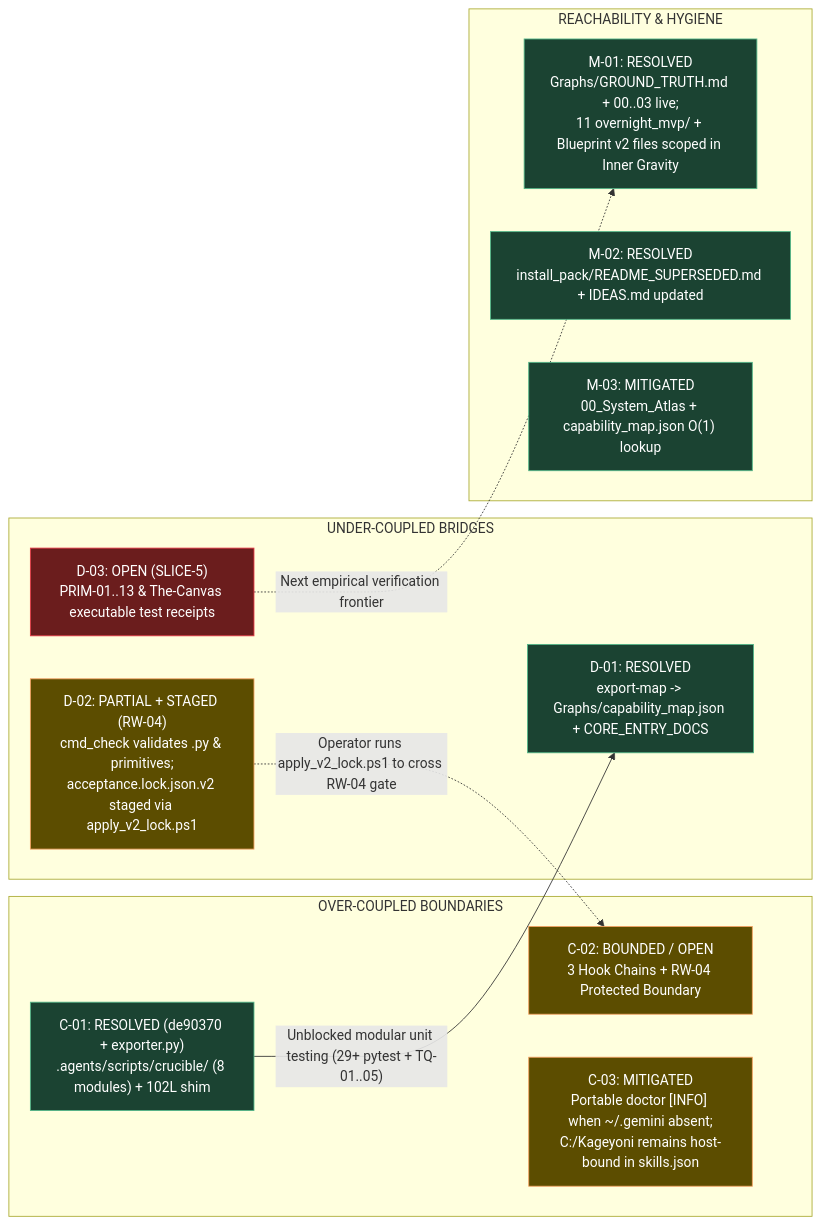
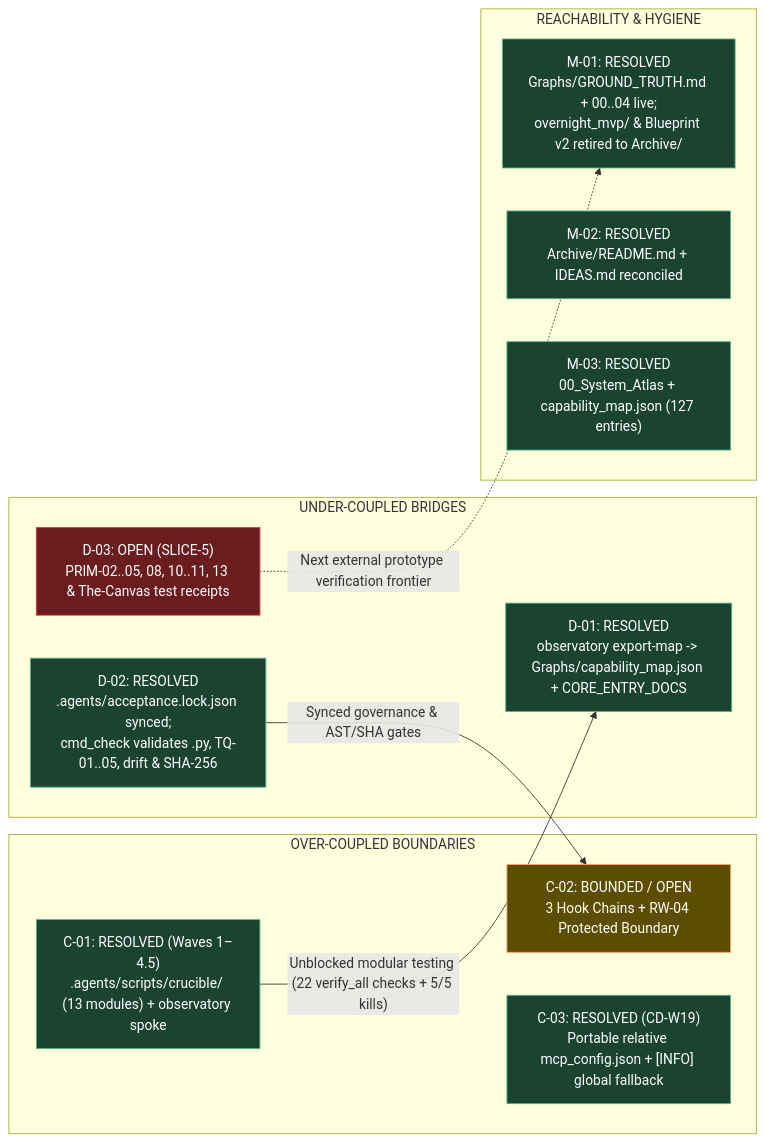
The diagram in Graphs/02_Coupling_and_Reachability_Audit.md (guarani-ux/Crucible-Domain), drawn with Mermaid before and after one commit. The commit also changed other lines of this file and 18 other files, not shown here.

Commit message:
chore(clean-sweep): unify Turn-0 surface, canonical docs, Graphs 00-04, and portable capability_map

````diff
--- a/Graphs/02_Coupling_and_Reachability_Audit.md
+++ b/Graphs/02_Coupling_and_Reachability_Audit.md
@@ -14,28 +14,28 @@
 ```mermaid
 flowchart LR
     classDef resolved fill:#1b4332,stroke:#52b788,color:#fff
     classDef partial fill:#5c4d00,stroke:#f4a261,color:#fff
     classDef open fill:#6b1d1d,stroke:#e63946,color:#fff
 
     subgraph C["OVER-COUPLED BOUNDARIES"]
-        C1["C-01: RESOLVED (de90370 + exporter.py)<br/>.agents/scripts/crucible/ (8 modules) + 102L shim"]:::resolved
+        C1["C-01: RESOLVED (Waves 1–4.5)<br/>.agents/scripts/crucible/ (13 modules) + observatory spoke"]:::resolved
         C2["C-02: BOUNDED / OPEN<br/>3 Hook Chains + RW-04 Protected Boundary"]:::partial
-        C3["C-03: MITIGATED<br/>Portable doctor [INFO] when ~/.gemini absent;<br/>C:/Kageyoni remains host-bound in skills.json"]:::partial
+        C3["C-03: RESOLVED (CD-W19)<br/>Portable relative mcp_config.json + [INFO] global fallback"]:::resolved
     end
 
     subgraph D["UNDER-COUPLED BRIDGES"]
-        D1["D-01: RESOLVED<br/>export-map -> Graphs/capability_map.json + CORE_ENTRY_DOCS"]:::resolved
-        D2["D-02: PARTIAL + STAGED (RW-04)<br/>cmd_check validates .py & primitives;<br/>acceptance.lock.json.v2 staged via apply_v2_lock.ps1"]:::partial
-        D3["D-03: OPEN (SLICE-5)<br/>PRIM-01..13 & The-Canvas executable test receipts"]:::open
+        D1["D-01: RESOLVED<br/>observatory export-map -> Graphs/capability_map.json + CORE_ENTRY_DOCS"]:::resolved
+        D2["D-02: RESOLVED<br/>.agents/acceptance.lock.json synced;<br/>cmd_check validates .py, TQ-01..05, drift & SHA-256"]:::resolved
+        D3["D-03: OPEN (SLICE-5)<br/>PRIM-02..05, 08, 10..11, 13 & The-Canvas test receipts"]:::open
     end
 
     subgraph M["REACHABILITY & HYGIENE"]
-        M1["M-01: RESOLVED<br/>Graphs/GROUND_TRUTH.md + 00..03 live;<br/>11 overnight_mvp/ + Blueprint v2 files scoped in Inner Gravity"]:::resolved
-        M2["M-02: RESOLVED<br/>install_pack/README_SUPERSEDED.md + IDEAS.md updated"]:::resolved
-        M3["M-03: MITIGATED<br/>00_System_Atlas + capability_map.json O(1) lookup"]:::resolved
+        M1["M-01: RESOLVED<br/>Graphs/GROUND_TRUTH.md + 00..04 live;<br/>overnight_mvp/ & Blueprint v2 retired to Archive/"]:::resolved
+        M2["M-02: RESOLVED<br/>Archive/README.md + IDEAS.md reconciled"]:::resolved
+        M3["M-03: RESOLVED<br/>00_System_Atlas + capability_map.json (127 entries)"]:::resolved
     end
 
-    C1 -->|"Unblocked modular unit testing (29+ pytest + TQ-01..05)"| D1
-    D2 -.->|"Operator runs apply_v2_lock.ps1 to cross RW-04 gate"| C2
-    D3 -.->|"Next empirical verification frontier"| M1
+    C1 -->|"Unblocked modular testing (22 verify_all checks + 5/5 kills)"| D1
+    D2 -->|"Synced governance & AST/SHA gates"| C2
+    D3 -.->|"Next external prototype verification frontier"| M1
 ```
````
